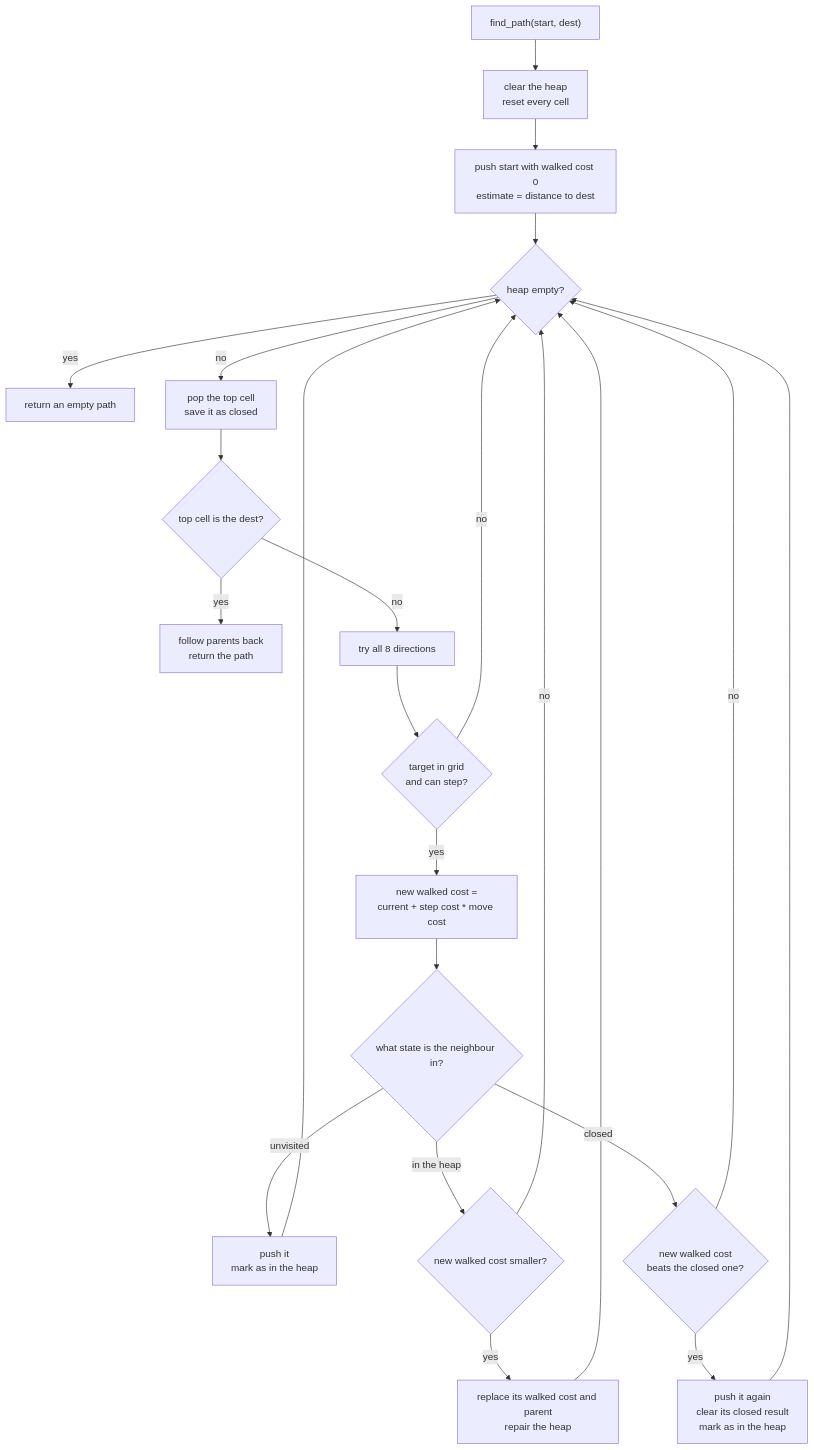
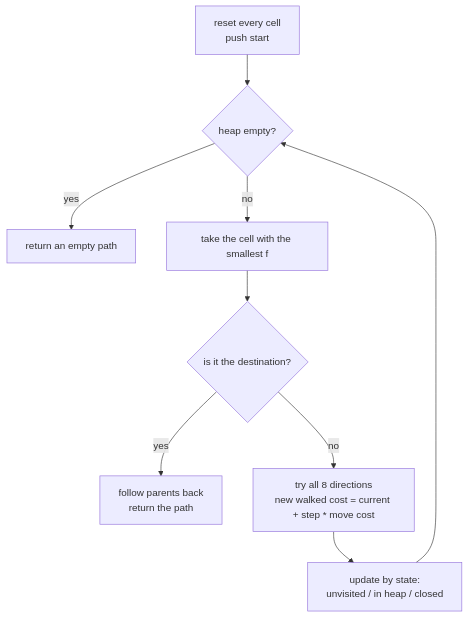
The second of 2 diagrams in source/_posts/godot-rogue-like-astar.md (irmenth/irmenth.github.io), drawn with Mermaid before and after one commit. The commit also changed other lines of this file and 3 other files, not shown here.

Commit message:
fix(godot rogue like): 修复流程图渲染，自定义流程图主题

````diff
--- a/source/_posts/godot-rogue-like-astar.md
+++ b/source/_posts/godot-rogue-like-astar.md
@@ -245,25 +253,11 @@
 ```mermaid
 flowchart TD
-    A["find_path(start, dest)"] --> B["clear the heap<br/>reset every cell"]
-    B --> C["push start with walked cost 0<br/>estimate = distance to dest"]
-    C --> D{"heap empty?"}
-    D -- "yes" --> E["return an empty path"]
-    D -- "no" --> F["pop the top cell<br/>save it as closed"]
-    F --> G{"top cell is the dest?"}
-    G -- "yes" --> H["follow parents back<br/>return the path"]
-    G -- "no" --> I["try all 8 directions"]
-    I --> J{"target in grid<br/>and can step?"}
-    J -- "no" --> D
-    J -- "yes" --> K["new walked cost =<br/>current + step cost * move cost"]
-    K --> L{"what state is the neighbour in?"}
-    L -- "unvisited" --> M["push it<br/>mark as in the heap"]
-    L -- "in the heap" --> N{"new walked cost smaller?"}
-    N -- "yes" --> O["replace its walked cost and parent<br/>repair the heap"]
-    N -- "no" --> D
-    L -- "closed" --> P{"new walked cost<br/>beats the closed one?"}
-    P -- "yes" --> Q["push it again<br/>clear its closed result<br/>mark as in the heap"]
-    P -- "no" --> D
-    M --> D
-    O --> D
-    Q --> D
+    A["reset every cell<br/>push start"] --> B{"heap empty?"}
+    B -- "yes" --> C["return an empty path"]
+    B -- "no" --> D["take the cell with the smallest f"]
+    D --> E{"is it the destination?"}
+    E -- "yes" --> F["follow parents back<br/>return the path"]
+    E -- "no" --> G["try all 8 directions<br/>new walked cost = current + step * move cost"]
+    G --> H["update by state:<br/>unvisited / in heap / closed"]
+    H --> B
 ```
````
